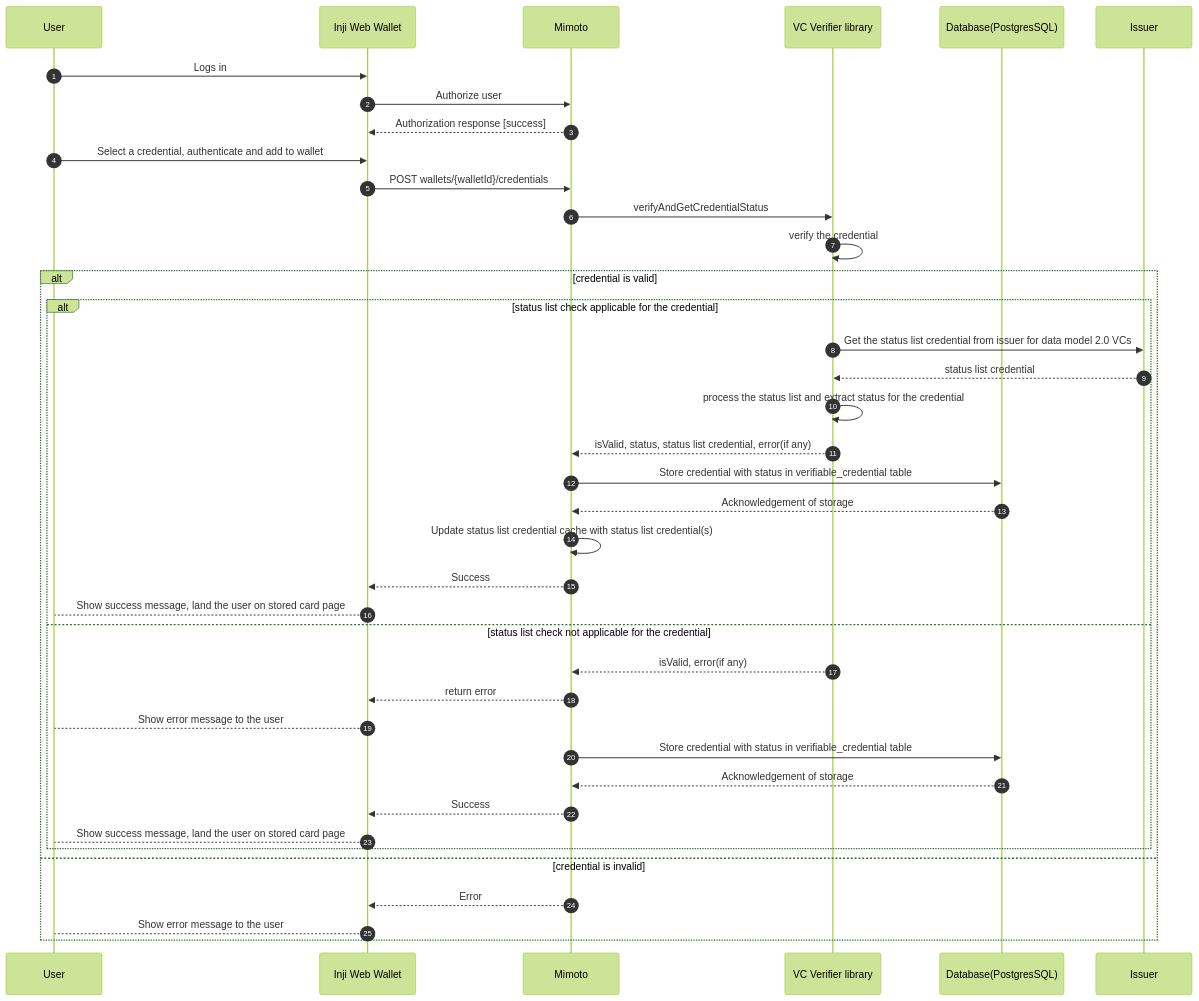
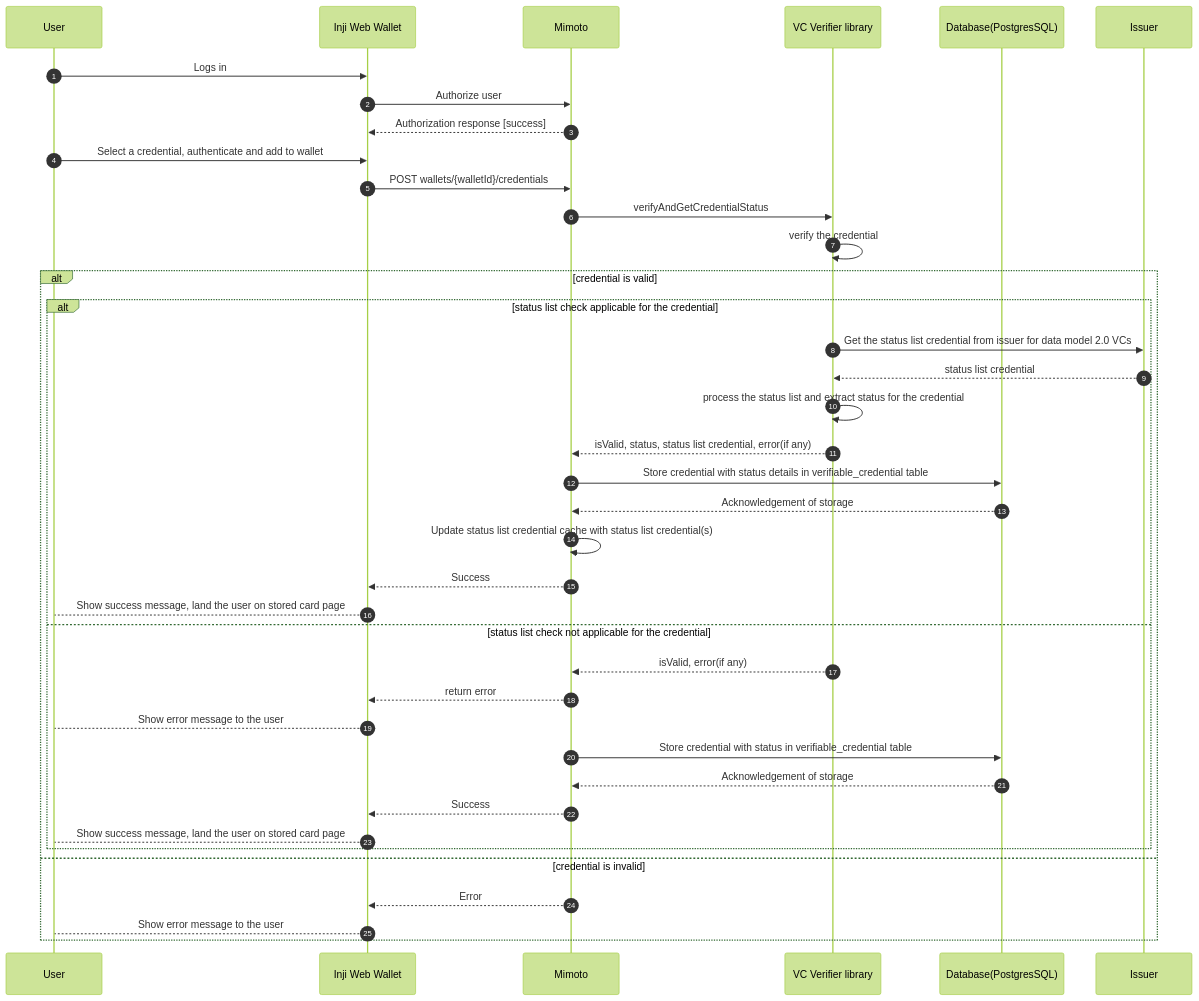
The third of 3 diagrams in docs/VCStatusCheckDesign.md (inji/mimoto), drawn with Mermaid (forest theme) before and after one commit. The commit also changed other lines of this file, not shown here.

````diff
--- a/docs/VCStatusCheckDesign.md
+++ b/docs/VCStatusCheckDesign.md
@@ -127,41 +129,41 @@
 ```mermaid
 sequenceDiagram
     autonumber
     participant User
     participant InjiWeb as Inji Web Wallet
     participant Mimoto
     participant VCVerifier as VC Verifier library
     participant Database as Database(PostgresSQL)
     participant Issuer
     User->>InjiWeb: Logs in
     InjiWeb->>Mimoto: Authorize user
     Mimoto-->> InjiWeb: Authorization response [success]
     User->>InjiWeb: Select a credential, authenticate and add to wallet
     InjiWeb->>Mimoto: POST wallets/{walletId}/credentials
     Mimoto->>VCVerifier: verifyAndGetCredentialStatus
     VCVerifier->>VCVerifier: verify the credential
     alt credential is valid
         alt status list check applicable for the credential
             VCVerifier->>Issuer: Get the status list credential from issuer for data model 2.0 VCs
             Issuer-->>VCVerifier: status list credential
             VCVerifier->>VCVerifier: process the status list and extract status for the credential
             VCVerifier-->>Mimoto: isValid, status, status list credential, error(if any)
-            Mimoto->>Database: Store credential with status in verifiable_credential table
+            Mimoto->>Database: Store credential with status details in verifiable_credential table
             Database-->>Mimoto: Acknowledgement of storage
             Mimoto->>Mimoto: Update status list credential cache with status list credential(s)
             Mimoto-->>InjiWeb: Success
             InjiWeb-->User: Show success message, land the user on stored card page
         else status list check not applicable for the credential
             VCVerifier-->>Mimoto: isValid, error(if any)
             Mimoto-->>InjiWeb: return error
             InjiWeb-->User: Show error message to the user
             Mimoto->>Database: Store credential with status in verifiable_credential table
             Database-->>Mimoto: Acknowledgement of storage
             Mimoto-->>InjiWeb: Success
             InjiWeb-->User: Show success message, land the user on stored card page
         end
     else credential is invalid
         Mimoto-->>InjiWeb: Error
         InjiWeb-->User: Show error message to the user
     end
 ```
````
